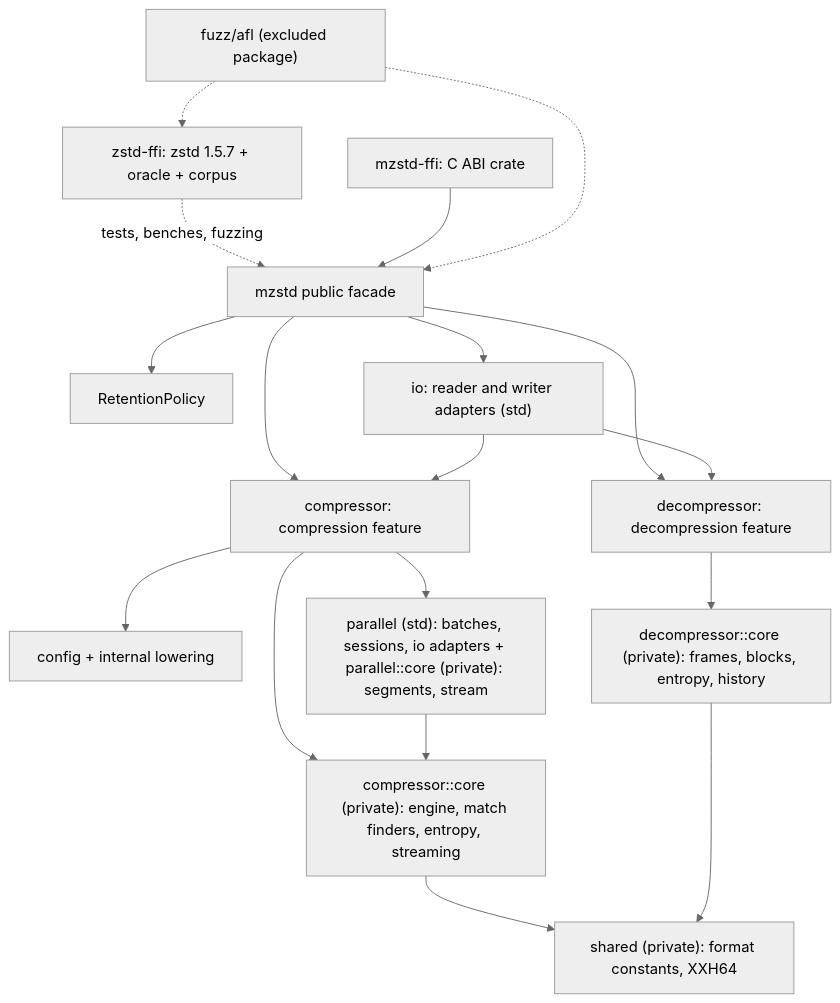
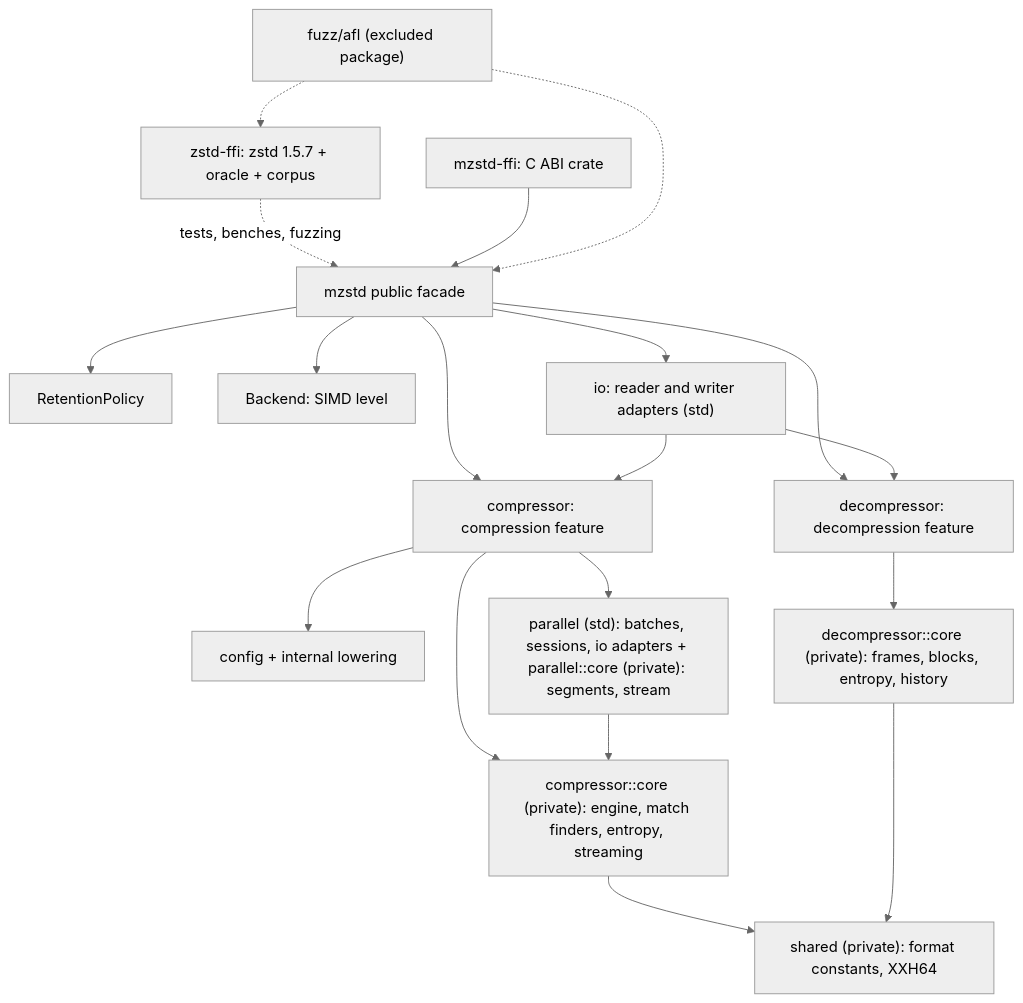
One commit to M-Compressors/mzstd changed the diagram in architecture/README.md. Above: the diagram before and after it, drawn with Mermaid (neutral theme). The commit also changed other lines of this file and 52 other files, not shown here.

````diff
--- a/architecture/README.md
+++ b/architecture/README.md
@@ -11,20 +11,21 @@
 ```mermaid
 graph TD
     Root[mzstd public facade] --> Encode[compressor: compression feature]
     Root --> Decode[decompressor: decompression feature]
     Root --> Ret[RetentionPolicy]
+    Root --> Back[Backend: SIMD level]
     Root --> IO["io: reader and writer adapters (std)"]
     Encode --> Cfg[config + internal lowering]
     Encode --> ECore["compressor::core (private): engine, match finders, entropy, streaming"]
     Encode --> Par["parallel (std): batches, sessions, io adapters + parallel::core (private): segments, stream"]
     Par --> ECore
     Decode --> DCore["decompressor::core (private): frames, blocks, entropy, history"]
     ECore --> Shared["shared (private): format constants, XXH64"]
     DCore --> Shared
     IO --> Encode
     IO --> Decode
     Ref["zstd-ffi: zstd 1.5.7 + oracle + corpus"] -. tests, benches, fuzzing .-> Root
     CABI["mzstd-ffi: C ABI crate"] --> Root
     Fuzz["fuzz/afl (excluded package)"] -.-> Root
     Fuzz -.-> Ref
 ```
````
